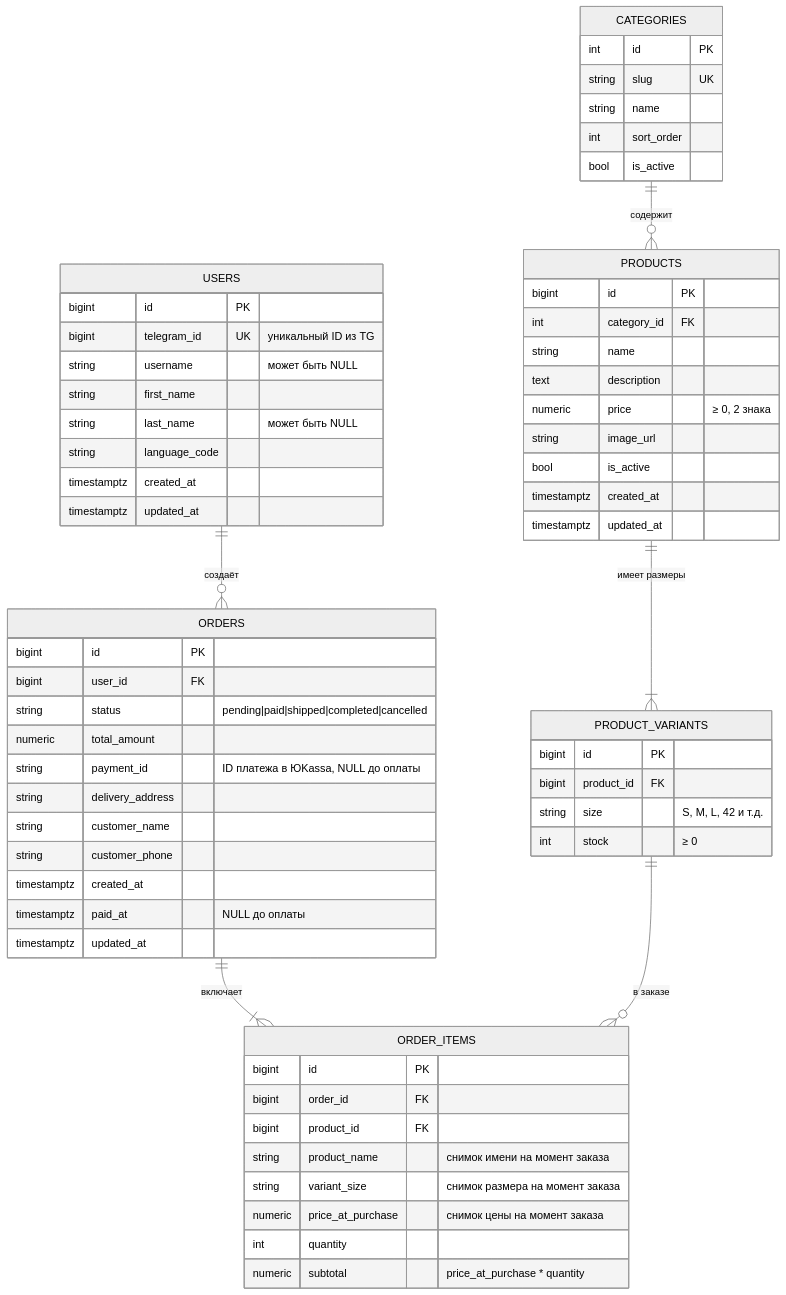
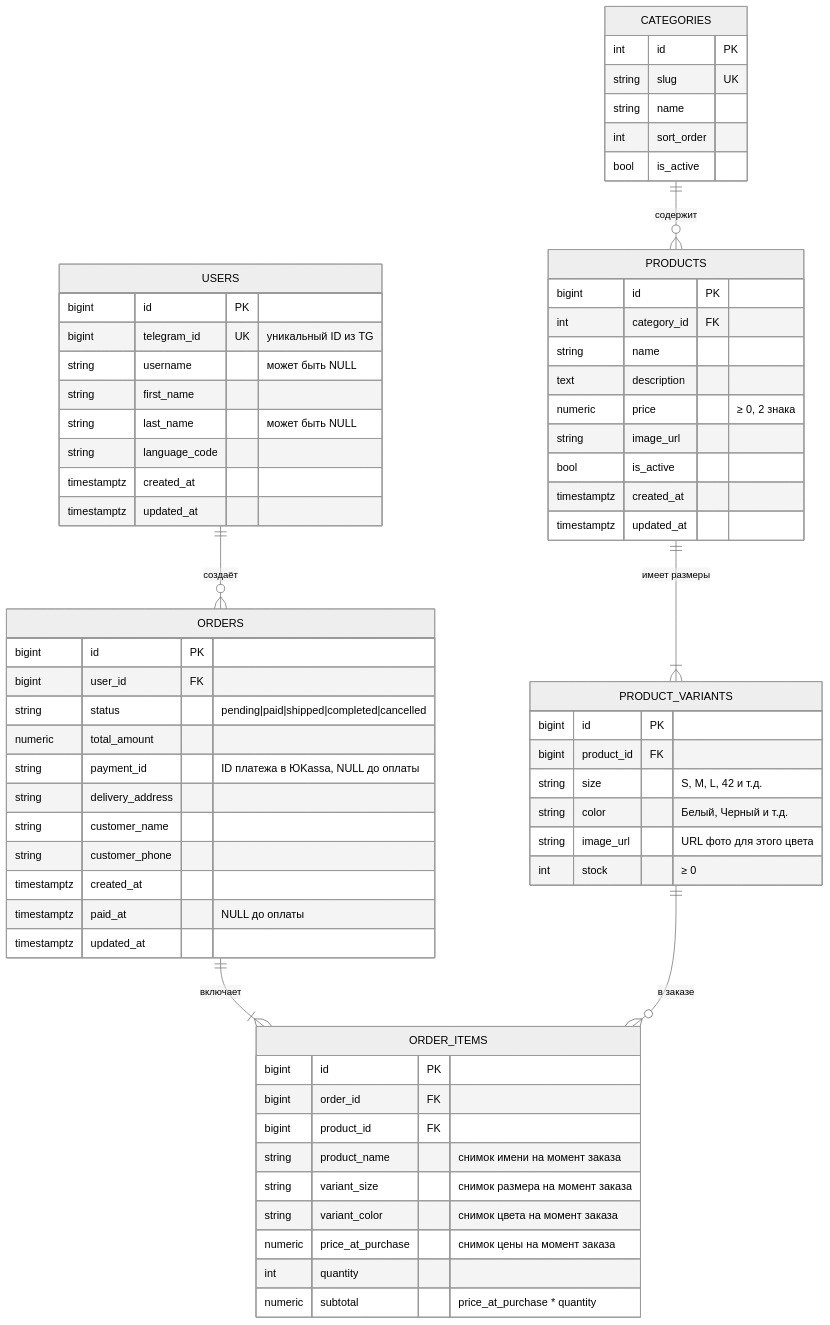
Before and after one commit to VladimirTravkin/tg-shop-miniapp: the fifth of 6 diagrams in docs/ARCHITECTURE.ru.md, drawn with Mermaid (neutral theme). The commit also changed other lines of this file, not shown here.

Commit message:
docs: update architecture with product colors and variant images

````diff
--- a/docs/ARCHITECTURE.ru.md
+++ b/docs/ARCHITECTURE.ru.md
@@ -194,66 +194,69 @@
 ```mermaid
 erDiagram
     USERS ||--o{ ORDERS : "создаёт"
     CATEGORIES ||--o{ PRODUCTS : "содержит"
     PRODUCTS ||--|{ PRODUCT_VARIANTS : "имеет размеры"
     ORDERS ||--|{ ORDER_ITEMS : "включает"
     PRODUCT_VARIANTS ||--o{ ORDER_ITEMS : "в заказе"
 
     USERS {
         bigint id PK
         bigint telegram_id UK "уникальный ID из TG"
         string username "может быть NULL"
         string first_name
         string last_name "может быть NULL"
         string language_code
         timestamptz created_at
         timestamptz updated_at
     }
     CATEGORIES {
         int id PK
         string slug UK
         string name
         int sort_order
         bool is_active
     }
     PRODUCTS {
         bigint id PK
         int category_id FK
         string name
         text description
         numeric price "≥ 0, 2 знака"
         string image_url
         bool is_active
         timestamptz created_at
         timestamptz updated_at
     }
     PRODUCT_VARIANTS {
         bigint id PK
         bigint product_id FK
         string size "S, M, L, 42 и т.д."
+        string color "Белый, Черный и т.д."
+        string image_url "URL фото для этого цвета"
         int stock "≥ 0"
     }
     ORDERS {
         bigint id PK
         bigint user_id FK
         string status "pending|paid|shipped|completed|cancelled"
         numeric total_amount
         string payment_id "ID платежа в ЮKassa, NULL до оплаты"
         string delivery_address
         string customer_name
         string customer_phone
         timestamptz created_at
         timestamptz paid_at "NULL до оплаты"
         timestamptz updated_at
     }
     ORDER_ITEMS {
         bigint id PK
         bigint order_id FK
         bigint product_id FK
         string product_name "снимок имени на момент заказа"
         string variant_size "снимок размера на момент заказа"
+        string variant_color "снимок цвета на момент заказа"
         numeric price_at_purchase "снимок цены на момент заказа"
         int quantity
         numeric subtotal "price_at_purchase * quantity"
     }
 ```
````
